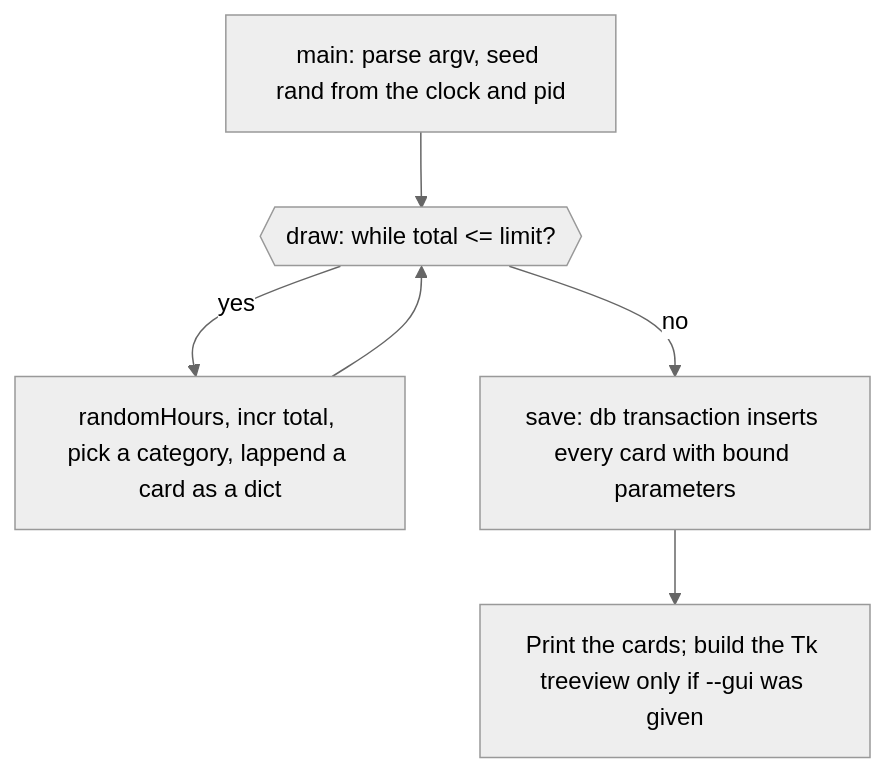
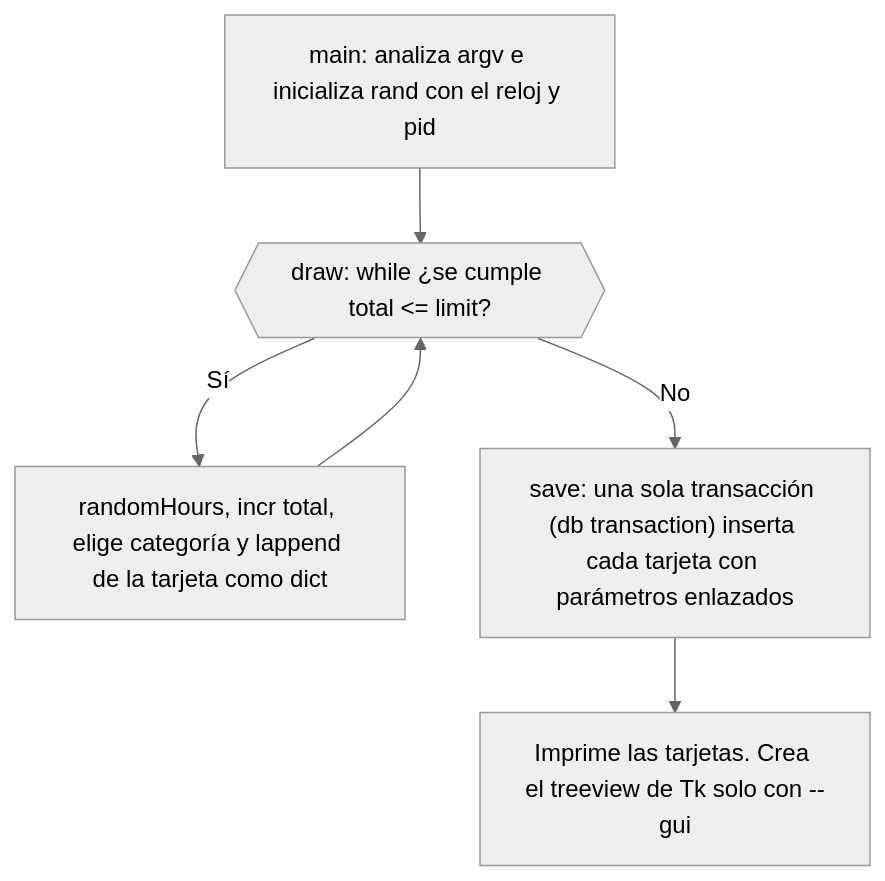
The first of 2 diagrams in lessons/lenguajes/tcl.md (dullroar/aprende-a-programar-como-un-bicho-raro), drawn with Mermaid (neutral theme) before and after one commit. The commit also changed other lines of this file and 31 other files, not shown here.

````diff
--- a/lessons/lenguajes/tcl.md
+++ b/lessons/lenguajes/tcl.md
@@ -109,10 +109,10 @@
 ```mermaid
 flowchart TD
-    accTitle: tcl: an ordinary while loop in a namespace, then one transaction
-    accDescr: A flowchart. The main procedure parses the arguments with a while, lassign and switch loop, seeds the random generator from the clock and the process id, and calls draw. The draw procedure is a while loop. While the total is at or under the limit, it draws hours, adds them to the total with incr, picks the next category, and appends a card as a dict. When the total is over the limit, the save procedure opens SQLite and writes all the cards inside one transaction. Then the program prints the cards. Only if asked does it build a Tk window with a treeview.
-    A["main: parse argv, seed rand from the clock and pid"] --> B{{"draw: while total <= limit?"}}
-    B -->|yes| C["randomHours, incr total, pick a category, lappend a card as a dict"]
+    accTitle: tcl: un bucle while en un espacio de nombres y luego una transacción
+    accDescr: Diagrama de flujo. El procedimiento principal analiza los argumentos con un bucle while, lassign y switch. Inicializa el generador aleatorio con el reloj y el id de proceso y llama a draw. El procedimiento draw es un bucle while. Mientras el total no supere el límite, sortea las horas, las suma al total con incr, elige la siguiente categoría y agrega una tarjeta como dict. Cuando el total supera el límite, el procedimiento save abre SQLite y escribe todas las tarjetas en una sola transacción. Luego el programa imprime las tarjetas. Solo si se le pide crea una ventana Tk con un treeview.
+    A["main: analiza argv e inicializa rand con el reloj y pid"] --> B{{"draw: while ¿se cumple total <= limit?"}}
+    B -->|Sí| C["randomHours, incr total, elige categoría y lappend de la tarjeta como dict"]
     C --> B
-    B -->|no| D["save: db transaction inserts every card with bound parameters"]
-    D --> E["Print the cards; build the Tk treeview only if --gui was given"]
+    B -->|No| D["save: una sola transacción (db transaction) inserta cada tarjeta con parámetros enlazados"]
+    D --> E["Imprime las tarjetas. Crea el treeview de Tk solo con --gui"]
 ```
````
